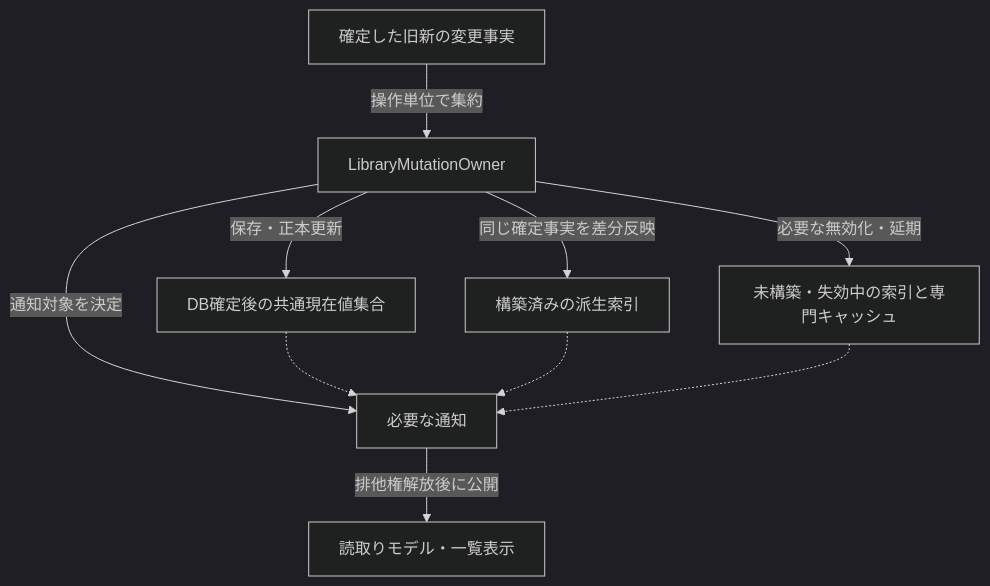
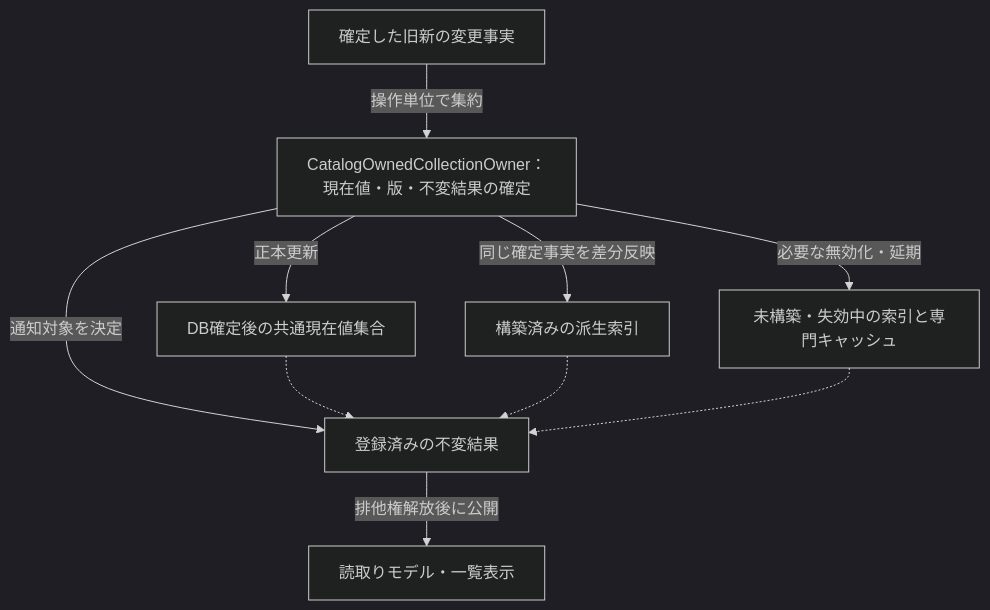
Before and after one commit to Neeted/bemusicseeker-unofficial-fork: the first of 2 diagrams in devdocs/spec/core/data-and-indexes.md, drawn with Mermaid (dark theme). The commit also changed other lines of this file and 152 other files, not shown here.

````diff
--- a/devdocs/spec/core/data-and-indexes.md
+++ b/devdocs/spec/core/data-and-indexes.md
@@ -90,12 +94,12 @@
 ```mermaid
 flowchart TB
-    Facts["確定した旧新の変更事実"] -->|操作単位で集約| Owner["LibraryMutationOwner"]
-    Owner -->|保存・正本更新| Catalog["DB確定後の共通現在値集合"]
+    Facts["確定した旧新の変更事実"] -->|操作単位で集約| Owner["CatalogOwnedCollectionOwner：現在値・版・不変結果の確定"]
+    Owner -->|正本更新| Catalog["DB確定後の共通現在値集合"]
     Owner -->|同じ確定事実を差分反映| Indexes["構築済みの派生索引"]
     Owner -->|必要な無効化・延期| Lazy["未構築・失効中の索引と専門キャッシュ"]
-    Owner -->|通知対象を決定| Notifications["必要な通知"]
+    Owner -->|通知対象を決定| Notifications["登録済みの不変結果"]
     Catalog -.-> Notifications
     Indexes -.-> Notifications
     Lazy -.-> Notifications
     Notifications -->|排他権解放後に公開| View["読取りモデル・一覧表示"]
 ```
````
